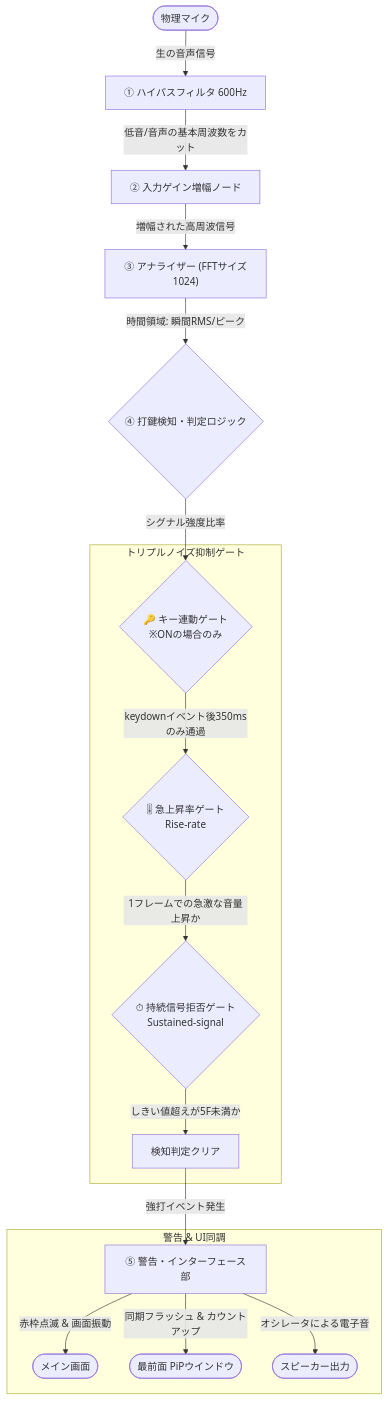
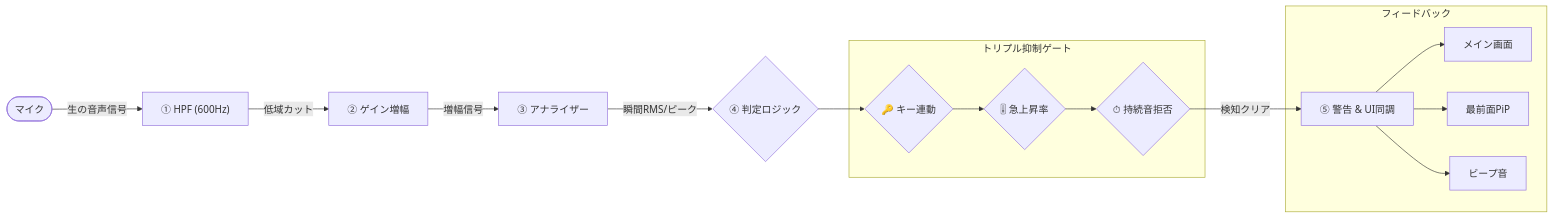
Before and after one commit to floriyuna/Noise-Detector: the diagram in README.md, drawn with Mermaid.

Commit message:
Convert Mermaid diagram in README to horizontal (LR) layout

````diff
--- a/README.md
+++ b/README.md
@@ -42,23 +42,22 @@
 ```mermaid
-flowchart TD
-    Mic([物理マイク]) -->|生の音声信号| HPF["① ハイパスフィルタ 600Hz"]
-    HPF -->|低音/音声の基本周波数をカット| Gain["② 入力ゲイン増幅ノード"]
-    Gain -->|増幅された高周波信号| Analyser["③ アナライザー (FFTサイズ1024)"]
+flowchart LR
+    Mic([マイク]) -->|生の音声信号| HPF["① HPF (600Hz)"]
+    HPF -->|低域カット| Gain["② ゲイン増幅"]
+    Gain -->|増幅信号| Analyser["③ アナライザー"]
     
-    Analyser -->|時間領域: 瞬間RMS/ピーク| Detect{"④ 打鍵検知・判定ロジック"}
+    Analyser -->|瞬間RMS/ピーク| Detect{"④ 判定ロジック"}
     
-    subgraph 誤検知防止フィルター ["トリプルノイズ抑制ゲート"]
-        GateA{"🔑 キー連動ゲート<br>※ONの場合のみ"} -->|keydownイベント後350msのみ通過| GateB
-        GateB{"🎚 急上昇率ゲート<br>Rise-rate"} -->|1フレームでの急激な音量上昇か| GateC
-        GateC{"⏱ 持続信号拒否ゲート<br>Sustained-signal"} -->|しきい値超えが5F未満か| Success["検知判定クリア"]
+    subgraph Gate ["トリプル抑制ゲート"]
+        GateA{"🔑 キー連動"} --> GateB{"🎚 急上昇率"}
+        GateB --> GateC{"⏱ 持続音拒否"}
     end
     
-    Detect -->|シグナル強度比率| GateA
-    Success -->|強打イベント発生| Alert["⑤ 警告・インターフェース部"]
+    Detect --> GateA
+    GateC -->|検知クリア| Alert["⑤ 警告 & UI同調"]
     
-    subgraph 警告 & UI同調
-        Alert -->|赤枠点滅 & 画面振動| UI_Main(["メイン画面"])
-        Alert -->|同期フラッシュ & カウントアップ| UI_PiP(["最前面 PiPウインドウ"])
-        Alert -->|オシレータによる電子音| Beep(["スピーカー出力"])
+    subgraph UI ["フィードバック"]
+        Alert --> UI_Main["メイン画面"]
+        Alert --> UI_PiP["最前面PiP"]
+        Alert --> Beep["ビープ音"]
     end
 ```
````
